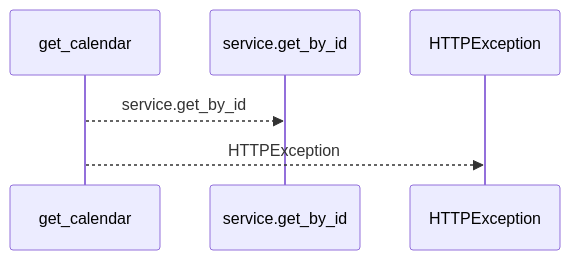
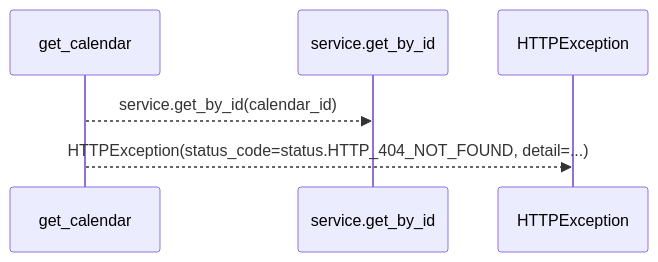
Before and after one commit to Denissvgn/WorkChord: the first of 2 diagrams in docs/llm_wiki/flows/http-get_calendar.md, drawn with Mermaid. The commit also changed other lines of this file and 25171 other files, not shown here.

````diff
--- a/docs/llm_wiki/flows/http-get_calendar.md
+++ b/docs/llm_wiki/flows/http-get_calendar.md
@@ -10,8 +12,8 @@
 ```mermaid
 sequenceDiagram
     participant p0 as get_calendar
     participant p1 as service.get_by_id
     participant p2 as HTTPException
-    p0-->>p1: service.get_by_id
-    p0-->>p2: HTTPException
+    p0-->>p1: service.get_by_id(calendar_id)
+    p0-->>p2: HTTPException(status_code=status.HTTP_404_NOT_FOUND, detail=...)
 ```
````
